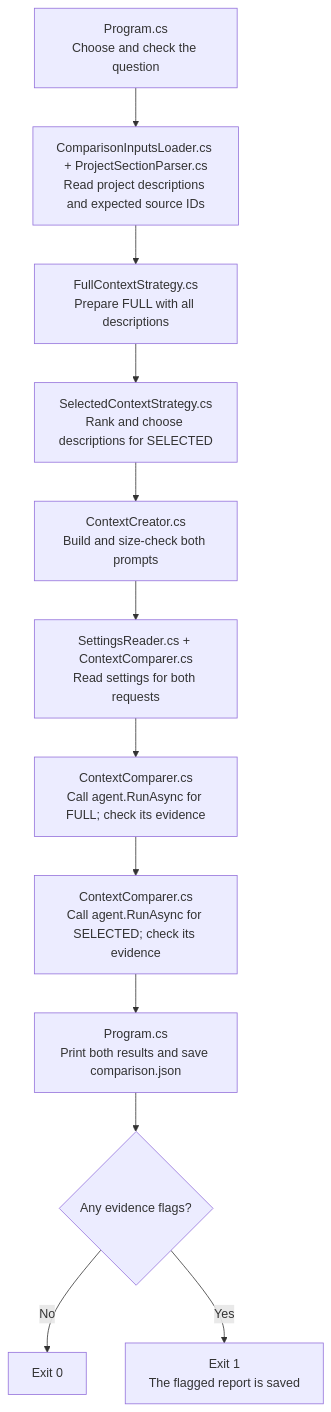
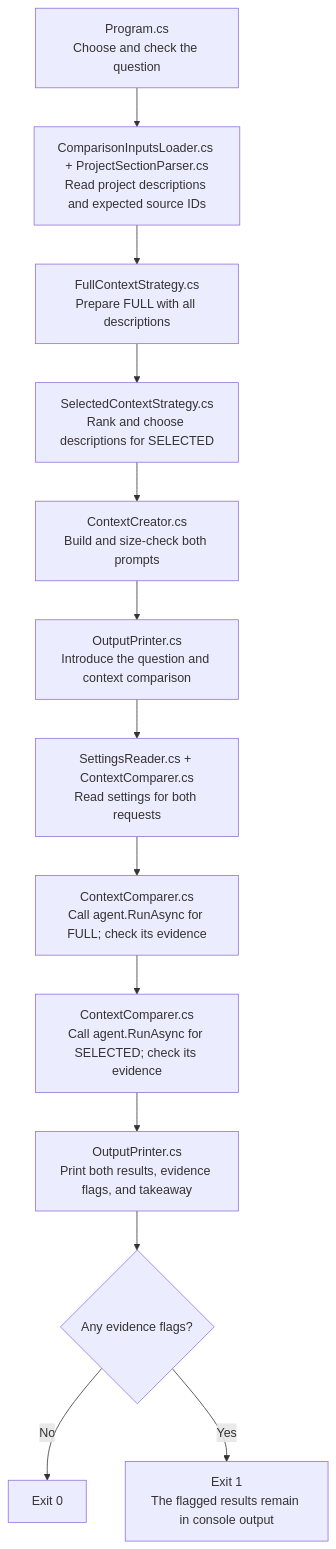
Before and after one commit to KhosroPakmanesh/ai-engineering-training: the diagram in 03-context-engineering/context-engineering/README.md, drawn with Mermaid. The commit also changed other lines of this file and 22 other files, not shown here.

Commit message:
Add lesson output printers and shared console formatting

````diff
--- a/03-context-engineering/context-engineering/README.md
+++ b/03-context-engineering/context-engineering/README.md
@@ -16,14 +16,15 @@
 ```mermaid
 flowchart TD
     A["Program.cs<br/>Choose and check the question"] --> B["ComparisonInputsLoader.cs + ProjectSectionParser.cs<br/>Read project descriptions and expected source IDs"]
     B --> C["FullContextStrategy.cs<br/>Prepare FULL with all descriptions"]
     C --> S["SelectedContextStrategy.cs<br/>Rank and choose descriptions for SELECTED"]
     S --> D["ContextCreator.cs<br/>Build and size-check both prompts"]
-    D --> E["SettingsReader.cs + ContextComparer.cs<br/>Read settings for both requests"]
+    D --> O["OutputPrinter.cs<br/>Introduce the question and context comparison"]
+    O --> E["SettingsReader.cs + ContextComparer.cs<br/>Read settings for both requests"]
     E --> F["ContextComparer.cs<br/>Call agent.RunAsync for FULL; check its evidence"]
     F --> G["ContextComparer.cs<br/>Call agent.RunAsync for SELECTED; check its evidence"]
-    G --> H["Program.cs<br/>Print both results and save comparison.json"]
+    G --> H["OutputPrinter.cs<br/>Print both results, evidence flags, and takeaway"]
     H --> I{"Any evidence flags?"}
     I -->|No| J["Exit 0"]
-    I -->|Yes| K["Exit 1<br/>The flagged report is saved"]
+    I -->|Yes| K["Exit 1<br/>The flagged results remain in console output"]
 ```
````
